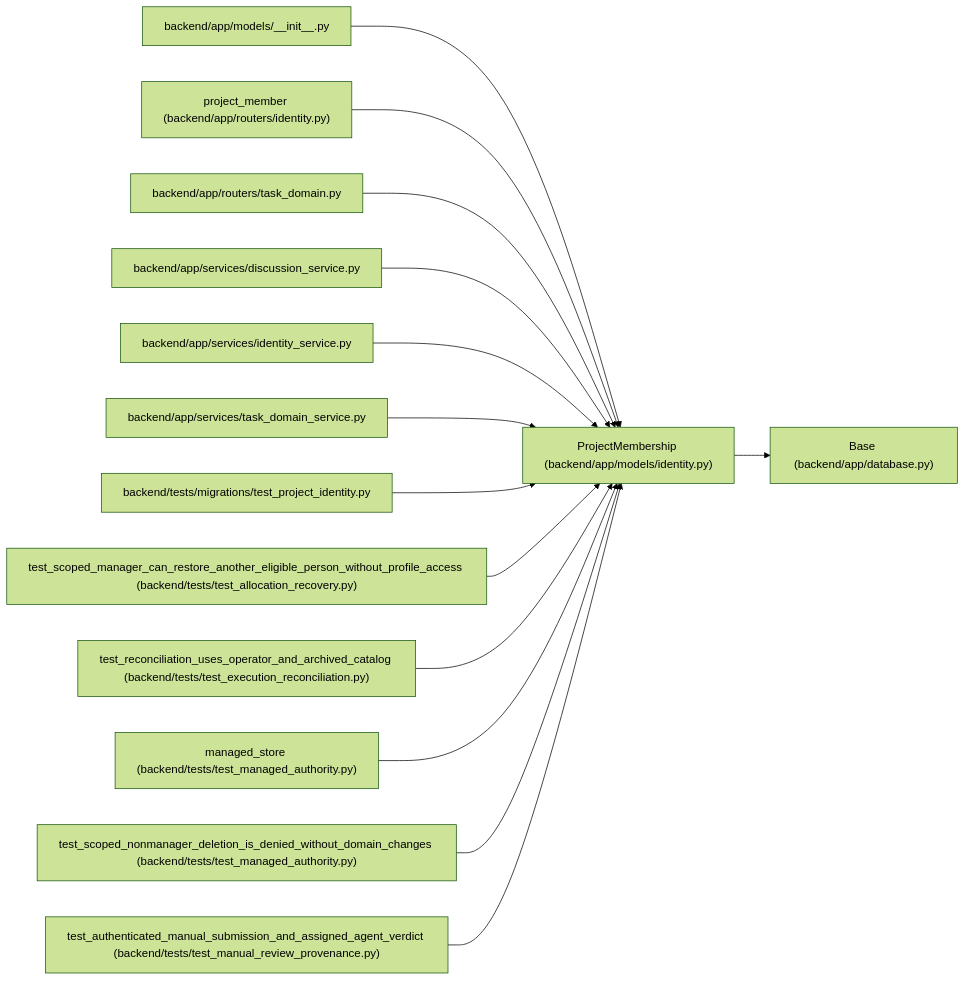
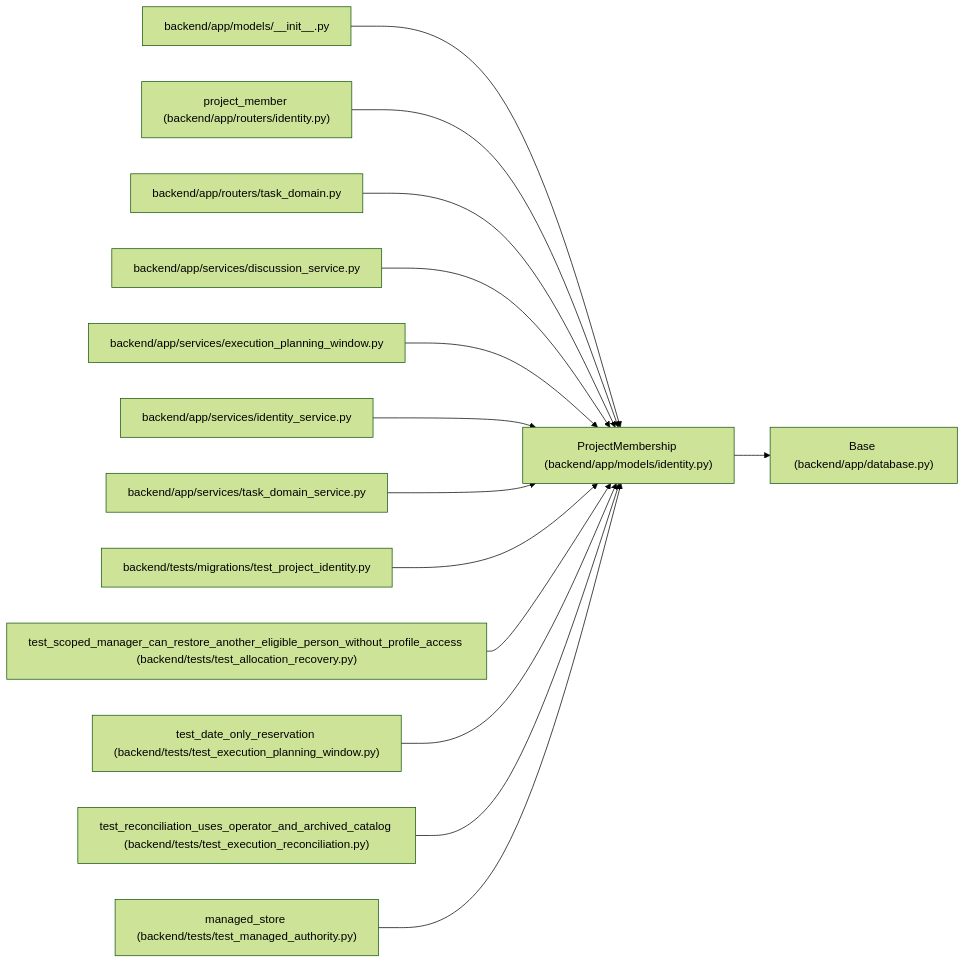
The diagram in docs/llm_wiki/entities/ProjectMembership.md (Denissvgn/WorkChord), drawn with Mermaid (forest theme) before and after one commit. The commit also changed other lines of this file and 868 other files, not shown here.

Commit message:
Document authenticated planning-window recovery and retained worker evidence

````diff
--- a/docs/llm_wiki/entities/ProjectMembership.md
+++ b/docs/llm_wiki/entities/ProjectMembership.md
@@ -28,44 +28,44 @@
 ```mermaid
 flowchart LR
     n0["ProjectMembership (backend/app/models/identity.py)"]
     n1["Base (backend/app/database.py)"]
     n2["backend/app/models/__init__.py"]
     n3["project_member (backend/app/routers/identity.py)"]
     n4["backend/app/routers/task_domain.py"]
     n5["backend/app/services/discussion_service.py"]
-    n6["backend/app/services/identity_service.py"]
-    n7["backend/app/services/task_domain_service.py"]
-    n8["backend/tests/migrations/test_project_identity.py"]
-    n9["test_scoped_manager_can_restore_another_eligible_person_without_profile_access (backend/tests/test_allocation_recovery.py)"]
-    n10["test_reconciliation_uses_operator_and_archived_catalog (backend/tests/test_execution_reconciliation.py)"]
-    n11["managed_store (backend/tests/test_managed_authority.py)"]
-    n12["test_scoped_nonmanager_deletion_is_denied_without_domain_changes (backend/tests/test_managed_authority.py)"]
-    n13["test_authenticated_manual_submission_and_assigned_agent_verdict (backend/tests/test_manual_review_provenance.py)"]
+    n6["backend/app/services/execution_planning_window.py"]
+    n7["backend/app/services/identity_service.py"]
+    n8["backend/app/services/task_domain_service.py"]
+    n9["backend/tests/migrations/test_project_identity.py"]
+    n10["test_scoped_manager_can_restore_another_eligible_person_without_profile_access (backend/tests/test_allocation_recovery.py)"]
+    n11["test_date_only_reservation (backend/tests/test_execution_planning_window.py)"]
+    n12["test_reconciliation_uses_operator_and_archived_catalog (backend/tests/test_execution_reconciliation.py)"]
+    n13["managed_store (backend/tests/test_managed_authority.py)"]
     n0 --> n1
     n2 --> n0
     n3 --> n0
     n4 --> n0
     n5 --> n0
     n6 --> n0
     n7 --> n0
     n8 --> n0
     n9 --> n0
     n10 --> n0
     n11 --> n0
     n12 --> n0
     n13 --> n0
     click n0 "../modules/models_identity.md"
     click n1 "../modules/app_database.md"
     click n2 "../modules/models___init__.md"
     click n3 "../modules/routers_identity.md"
     click n4 "../modules/routers_task_domain.md"
     click n5 "../modules/discussion_service.md"
-    click n6 "../modules/identity_service.md"
-    click n7 "../modules/task_domain_service.md"
-    click n8 "../modules/test_project_identity.md"
-    click n9 "../modules/test_allocation_recovery.md"
-    click n10 "../modules/test_execution_reconciliation.md"
-    click n11 "../modules/test_managed_authority.md"
-    click n12 "../modules/test_managed_authority.md"
-    click n13 "../modules/test_manual_review_provenance.md"
+    click n6 "../modules/execution_planning_window.md"
+    click n7 "../modules/identity_service.md"
+    click n8 "../modules/task_domain_service.md"
+    click n9 "../modules/test_project_identity.md"
+    click n10 "../modules/test_allocation_recovery.md"
+    click n11 "../modules/test_execution_planning_window.md"
+    click n12 "../modules/test_execution_reconciliation.md"
+    click n13 "../modules/test_managed_authority.md"
 ```
````
